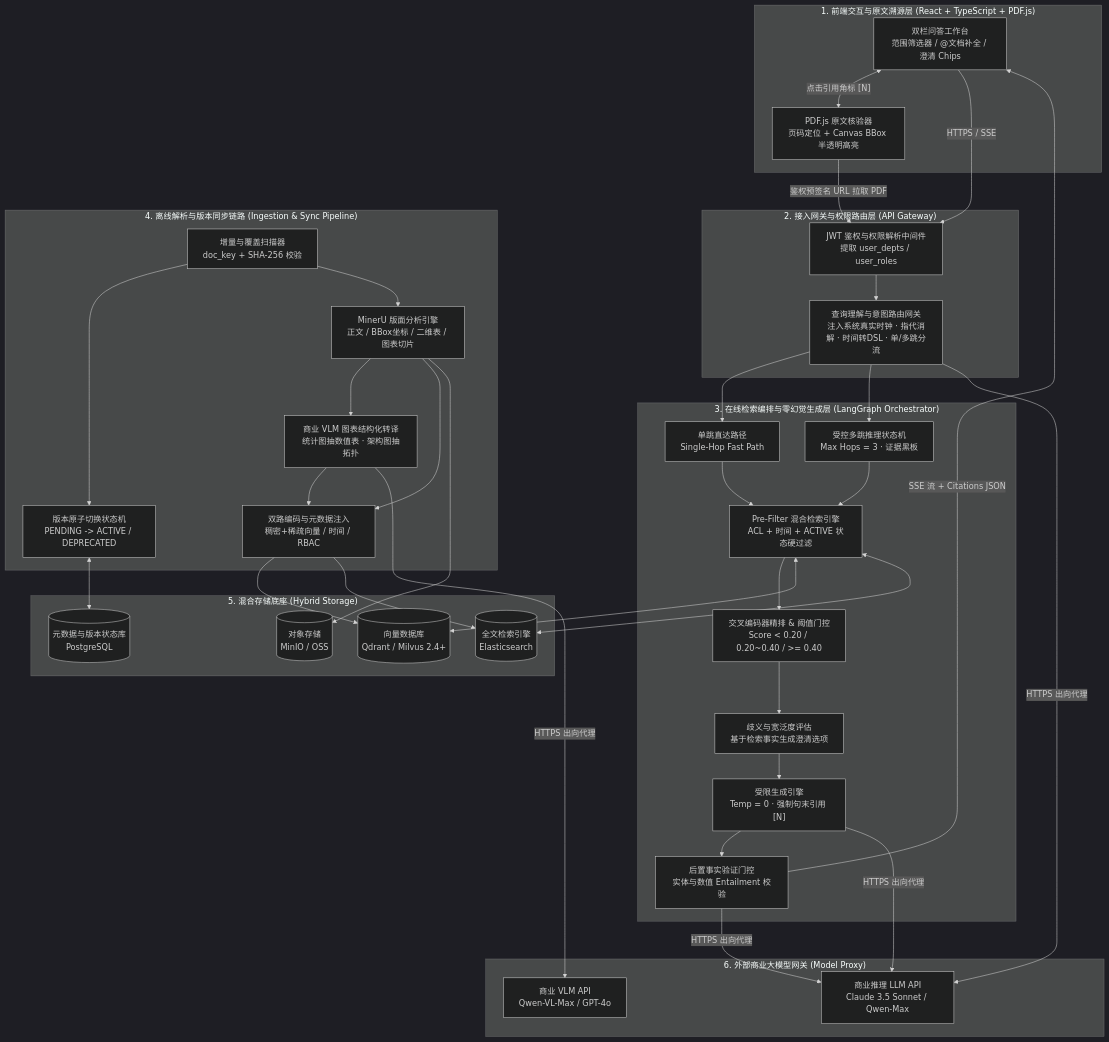
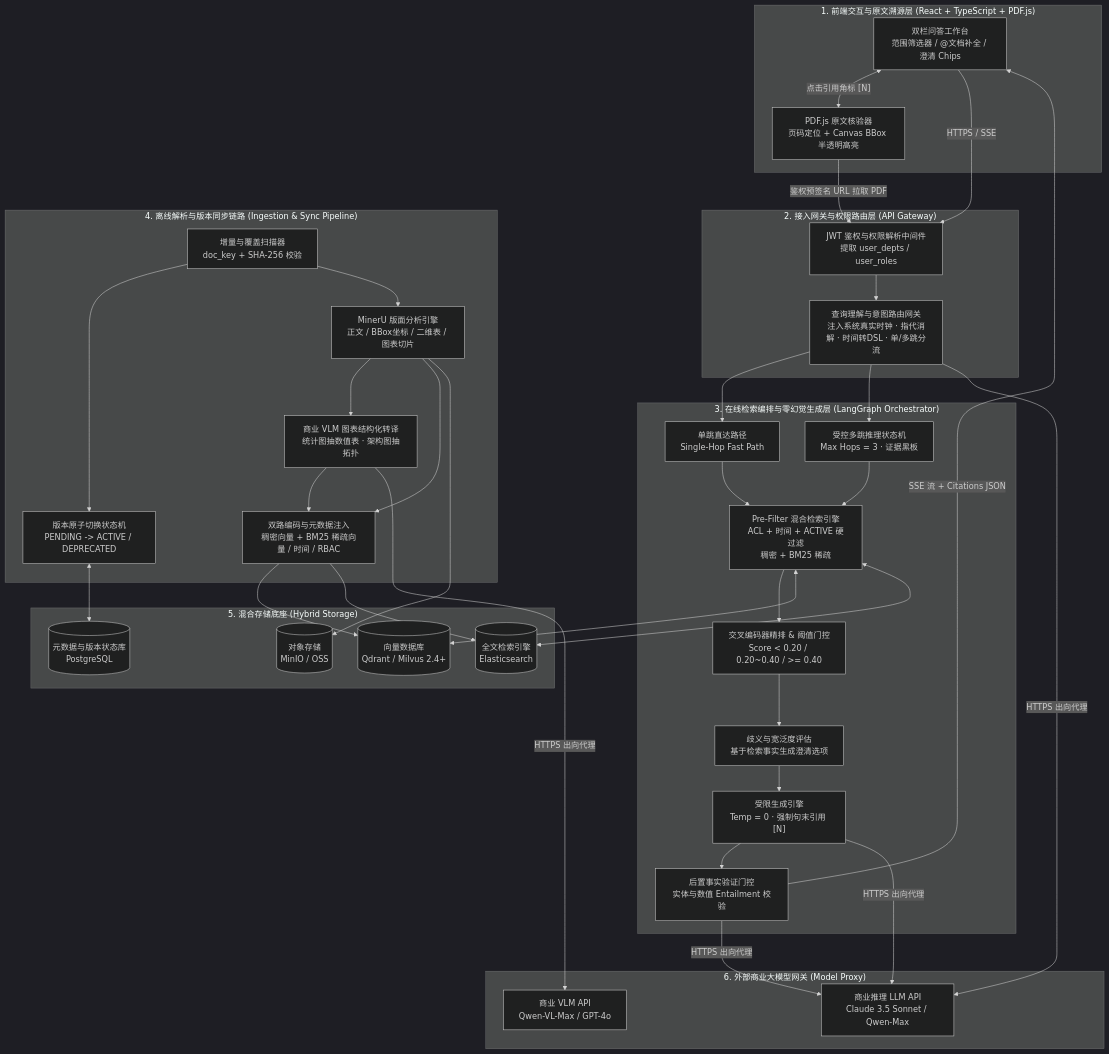
Before and after one commit to kvchen95/ai-rag: the first of 6 diagrams in 架构图集.md, drawn with Mermaid (dark theme). The commit also changed other lines of this file and 1 other file, not shown here.

````diff
--- a/架构图集.md
+++ b/架构图集.md
@@ -21,76 +21,76 @@
 ```mermaid
 flowchart TB
     subgraph ClientLayer ["1. 前端交互与原文溯源层 (React + TypeScript + PDF.js)"]
         UI_Chat["双栏问答工作台<br/>范围筛选器 / @文档补全 / 澄清 Chips"]
         UI_PDF["PDF.js 原文核验器<br/>页码定位 + Canvas BBox 半透明高亮"]
         UI_Chat <-->|"点击引用角标 [N]"| UI_PDF
     end
 
     subgraph GatewayLayer ["2. 接入网关与权限路由层 (API Gateway)"]
         AuthMW["JWT 鉴权与权限解析中间件<br/>提取 user_depts / user_roles"]
         Router["查询理解与意图路由网关<br/>注入系统真实时钟 · 指代消解 · 时间转DSL · 单/多跳分流"]
         AuthMW --> Router
     end
 
     subgraph InferenceLayer ["3. 在线检索编排与零幻觉生成层 (LangGraph Orchestrator)"]
         FastPath["单跳直达路径<br/>Single-Hop Fast Path"]
         MultiHop["受控多跳推理状态机<br/>Max Hops = 3 · 证据黑板"]
-        HybridSearch["Pre-Filter 混合检索引擎<br/>ACL + 时间 + ACTIVE 状态硬过滤"]
+        HybridSearch["Pre-Filter 混合检索引擎<br/>ACL + 时间 + ACTIVE 硬过滤<br/>稠密 + BM25 稀疏"]
         RerankGate["交叉编码器精排 & 阈值门控<br/>Score < 0.20 / 0.20~0.40 / >= 0.40"]
         Ambiguity["歧义与宽泛度评估<br/>基于检索事实生成澄清选项"]
         GenLLM["受限生成引擎<br/>Temp = 0 · 强制句末引用 [N]"]
         NLIGate["后置事实验证门控<br/>实体与数值 Entailment 校验"]
 
         FastPath --> HybridSearch
         MultiHop --> HybridSearch
         HybridSearch --> RerankGate
         RerankGate --> Ambiguity
         Ambiguity --> GenLLM
         GenLLM --> NLIGate
     end
 
     subgraph IngestionLayer ["4. 离线解析与版本同步链路 (Ingestion & Sync Pipeline)"]
         Scanner["增量与覆盖扫描器<br/>doc_key + SHA-256 校验"]
         VersionSM["版本原子切换状态机<br/>PENDING -> ACTIVE / DEPRECATED"]
         MinerU["MinerU 版面分析引擎<br/>正文 / BBox坐标 / 二维表 / 图表切片"]
         VLM_Pipe["商业 VLM 图表结构化转译<br/>统计图抽数值表 · 架构图抽拓扑"]
-        Embedder["双路编码与元数据注入<br/>稠密+稀疏向量 / 时间 / RBAC"]
+        Embedder["双路编码与元数据注入<br/>稠密向量 + BM25 稀疏向量 / 时间 / RBAC"]
 
         Scanner --> VersionSM
         Scanner --> MinerU
         MinerU --> VLM_Pipe
         MinerU --> Embedder
         VLM_Pipe --> Embedder
     end
 
     subgraph StorageLayer ["5. 混合存储底座 (Hybrid Storage)"]
         Qdrant[("向量数据库<br/>Qdrant / Milvus 2.4+")]
         ES[("全文检索引擎<br/>Elasticsearch")]
         PG[("元数据与版本状态库<br/>PostgreSQL")]
         OSS[("对象存储<br/>MinIO / OSS")]
     end
 
     subgraph ExternalAI ["6. 外部商业大模型网关 (Model Proxy)"]
         VLM_API["商业 VLM API<br/>Qwen-VL-Max / GPT-4o"]
         LLM_API["商业推理 LLM API<br/>Claude 3.5 Sonnet / Qwen-Max"]
     end
 
     UI_Chat -->|"HTTPS / SSE"| AuthMW
     NLIGate -->|"SSE 流 + Citations JSON"| UI_Chat
     UI_PDF -->|"鉴权预签名 URL 拉取 PDF"| AuthMW
 
     Router --> FastPath
     Router --> MultiHop
 
     HybridSearch <--> Qdrant
     HybridSearch <--> ES
     Embedder --> Qdrant
     Embedder --> ES
     VersionSM <--> PG
     MinerU --> OSS
 
     VLM_Pipe -->|"HTTPS 出向代理"| VLM_API
     Router -->|"HTTPS 出向代理"| LLM_API
     GenLLM -->|"HTTPS 出向代理"| LLM_API
     NLIGate -->|"HTTPS 出向代理"| LLM_API
 ```
````
